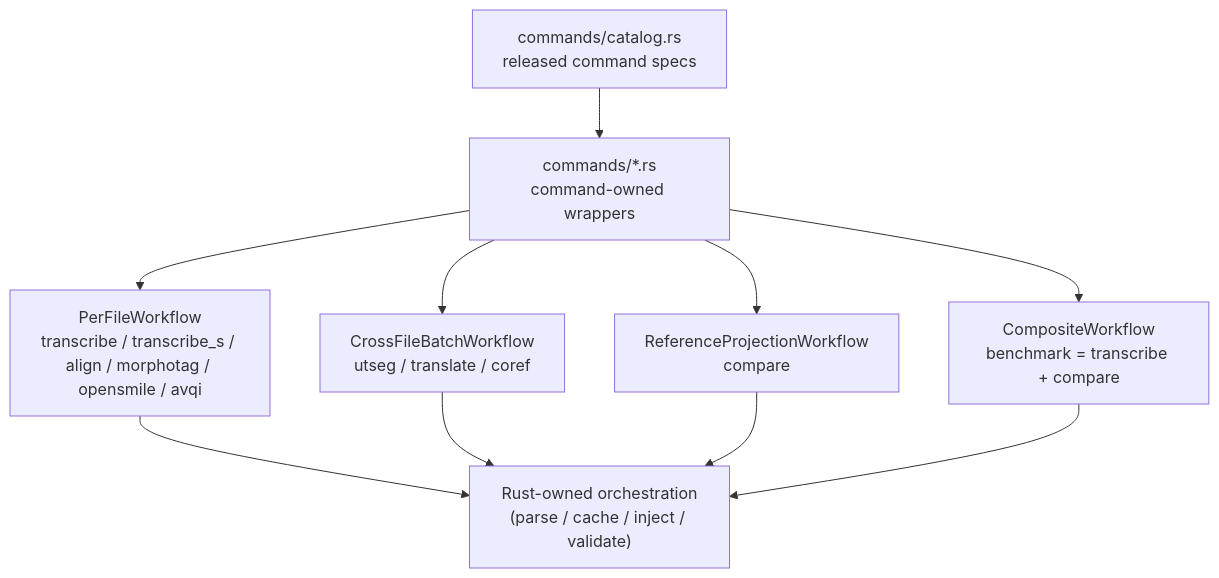
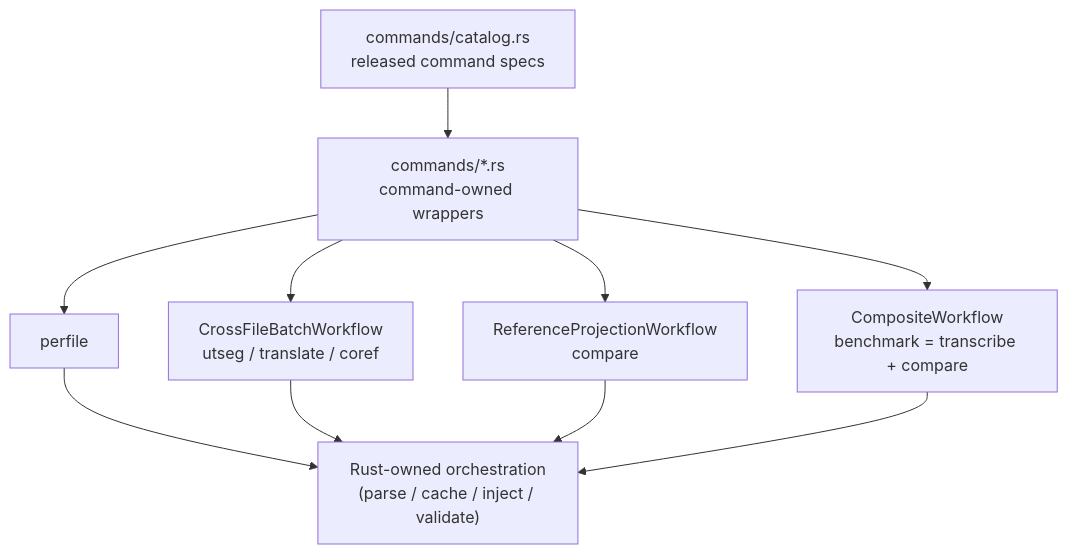
The second of 3 diagrams in book/src/architecture/runtime/dispatch.md (Jemoka/talkbank-tools), drawn with Mermaid before and after one commit. The commit also changed other lines of this file and 146 other files, not shown here.

````diff
--- a/book/src/architecture/runtime/dispatch.md
+++ b/book/src/architecture/runtime/dispatch.md
@@ -93,14 +92,13 @@
 ```mermaid
 flowchart TD
     registry["commands/catalog.rs\nreleased command specs"]
     command["commands/*.rs\ncommand-owned wrappers"]
-    perfile["PerFileWorkflow\ntranscribe / transcribe_s / align / morphotag / opensmile / avqi"]
     batched["CrossFileBatchWorkflow\nutseg / translate / coref"]
     projection["ReferenceProjectionWorkflow\ncompare"]
     composite["CompositeWorkflow\nbenchmark = transcribe + compare"]
     rust["Rust-owned orchestration\n(parse / cache / inject / validate)"]
 
     registry --> command
     command --> perfile & batched & projection & composite
     perfile & batched & projection & composite --> rust
 ```
````
